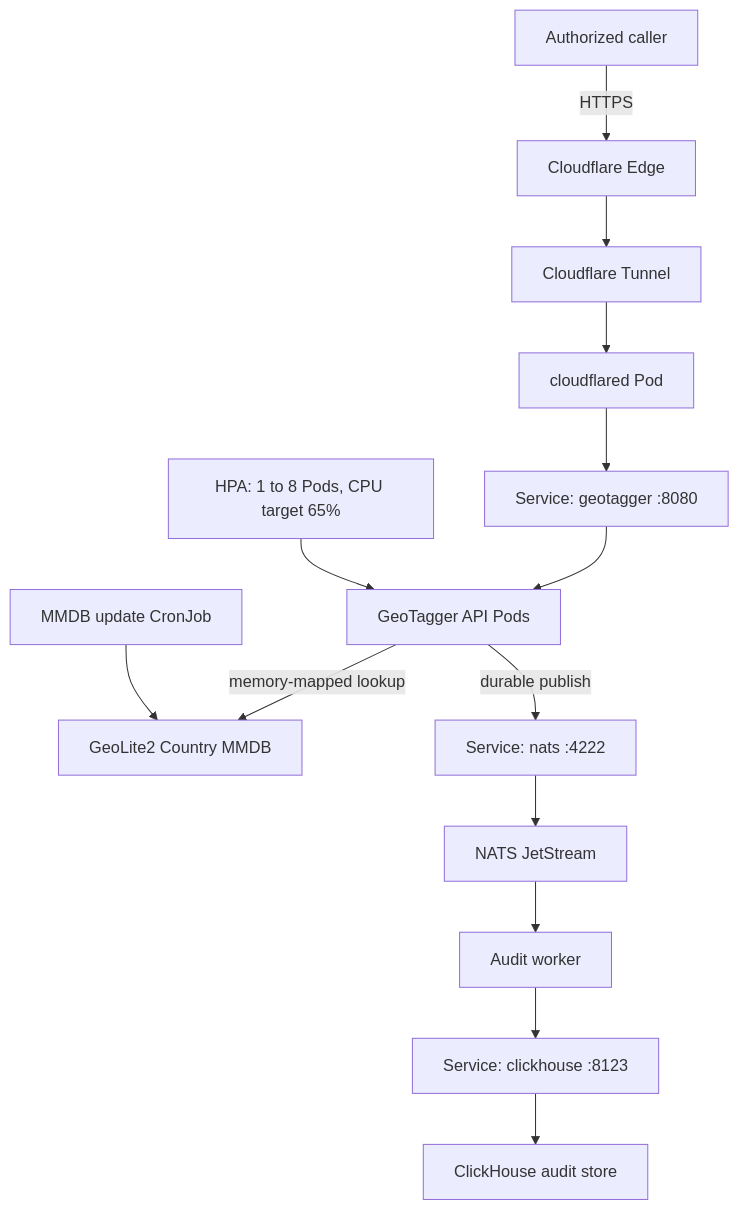
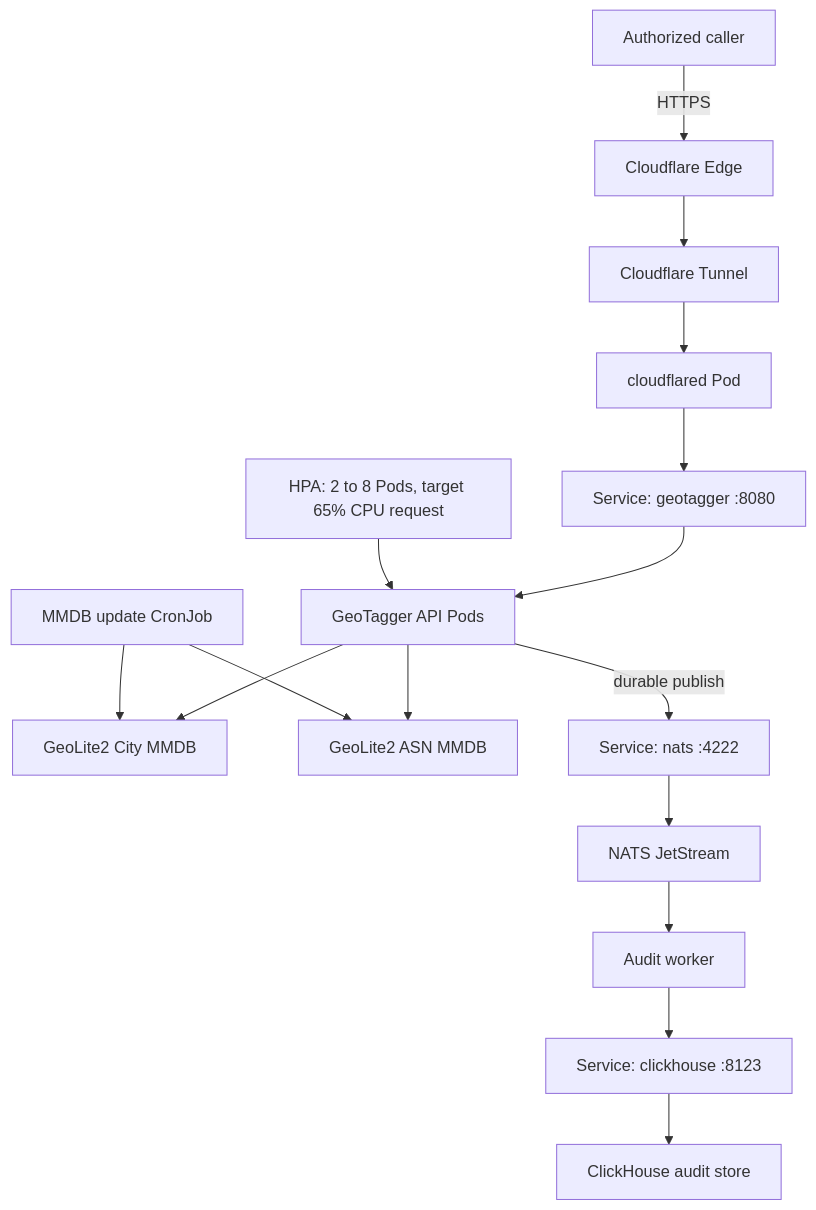
Before and after one commit to Jstarzz/geotagger: the third of 15 diagrams in docs/ARCHITECTURE.md, drawn with Mermaid. The commit also changed other lines of this file, not shown here.

Commit message:
docs: update architecture for City and ASN intelligence

````diff
--- a/docs/ARCHITECTURE.md
+++ b/docs/ARCHITECTURE.md
@@ -55,16 +61,22 @@
 ```mermaid
 flowchart TB
     CALLER["Authorized caller"] -->|"HTTPS"| EDGE["Cloudflare Edge"]
     EDGE --> TUNNEL["Cloudflare Tunnel"]
     TUNNEL --> CFD["cloudflared Pod"]
     CFD --> SVC["Service: geotagger :8080"]
     SVC --> API["GeoTagger API Pods"]
-    HPA["HPA: 1 to 8 Pods, CPU target 65%"] --> API
-    API -->|"memory-mapped lookup"| MMDB["GeoLite2 Country MMDB"]
-    API -->|"durable publish"| NATSVC["Service: nats :4222"]
-    NATSVC --> NATS["NATS JetStream"]
+
+    HPA["HPA: 2 to 8 Pods, target 65% CPU request"] --> API
+
+    API --> CITY["GeoLite2 City MMDB"]
+    API --> ASN["GeoLite2 ASN MMDB"]
+
+    API -->|"durable publish"| NSVC["Service: nats :4222"]
+    NSVC --> NATS["NATS JetStream"]
     NATS --> WORKER["Audit worker"]
-    WORKER --> CHSVC["Service: clickhouse :8123"]
-    CHSVC --> CH["ClickHouse audit store"]
-    CRON["MMDB update CronJob"] --> MMDB
+    WORKER --> CSVC["Service: clickhouse :8123"]
+    CSVC --> CH["ClickHouse audit store"]
+
+    CRON["MMDB update CronJob"] --> CITY
+    CRON --> ASN
 ```
````
